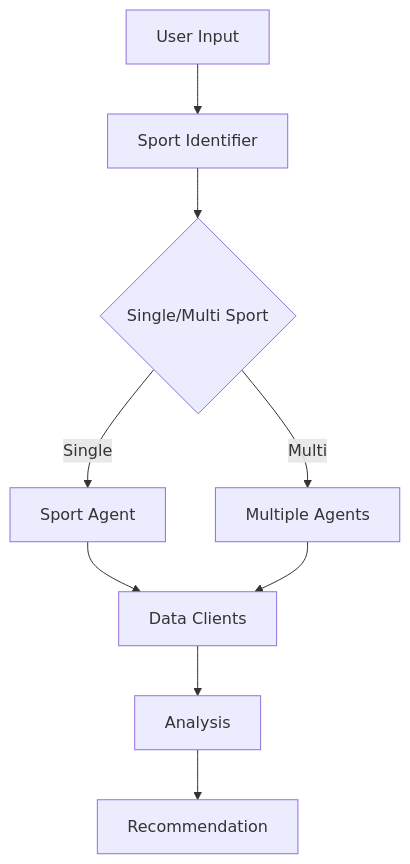
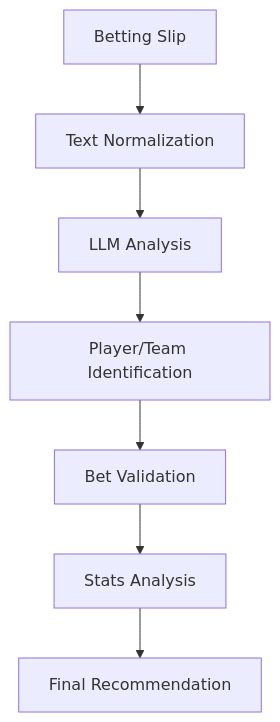
Before and after one commit to kdkiss/ai-sports-betting-agent: the diagram in docs/technical.md, drawn with Mermaid. The commit also changed other lines of this file and 6 other files, not shown here.

````diff
--- a/docs/technical.md
+++ b/docs/technical.md
@@ -34,11 +28,9 @@
 ```mermaid
 graph TD
-    A[User Input] --> B[Sport Identifier]
-    B --> C{Single/Multi Sport}
-    C -->|Single| D[Sport Agent]
-    C -->|Multi| E[Multiple Agents]
-    D --> F[Data Clients]
-    E --> F
-    F --> G[Analysis]
-    G --> H[Recommendation]
+    A[Betting Slip] --> B[Text Normalization]
+    B --> C[LLM Analysis]
+    C --> D[Player/Team Identification]
+    D --> E[Bet Validation]
+    E --> F[Stats Analysis]
+    F --> G[Final Recommendation]
 ```
````
